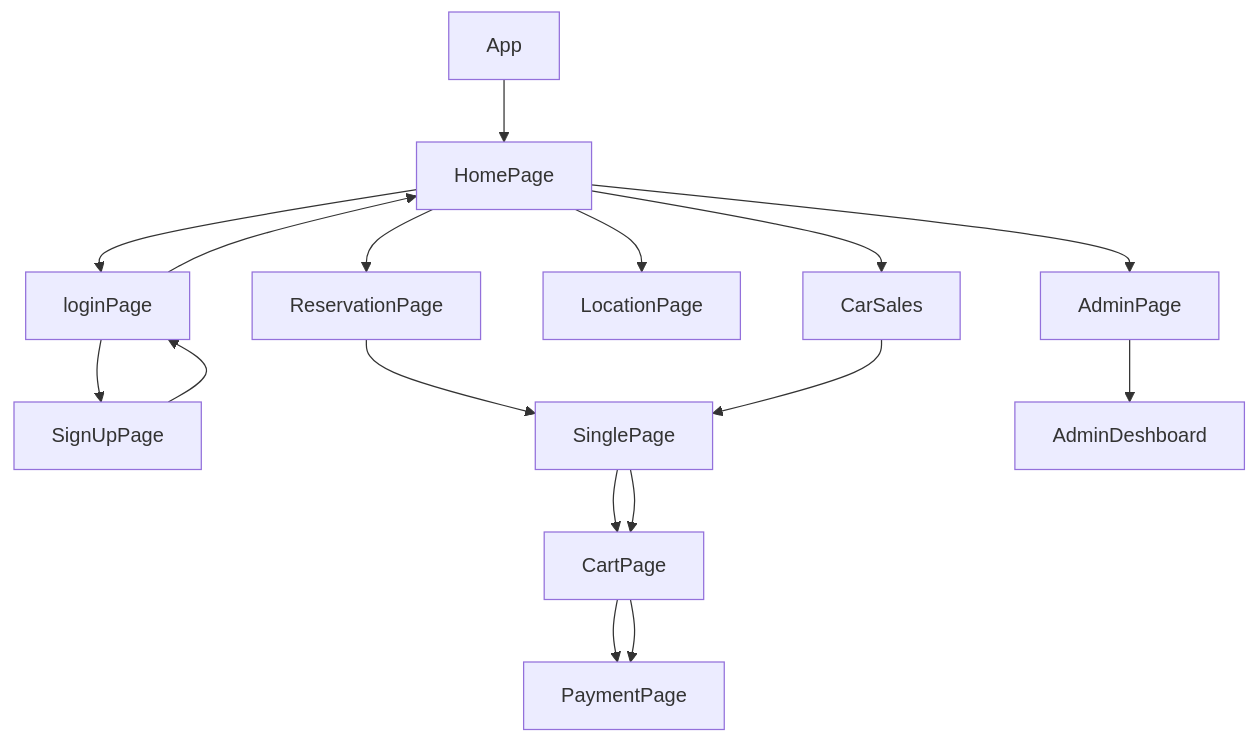
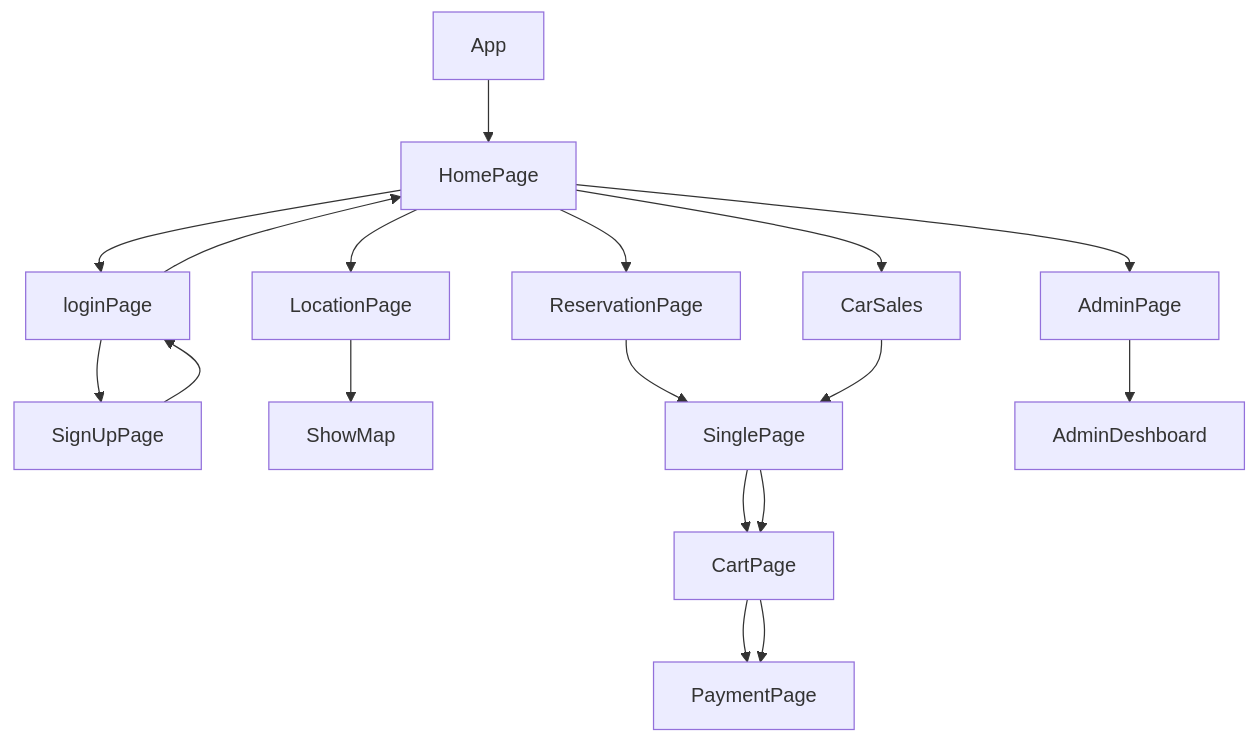
One commit to shikhu51197/Avis-Rentals changed the diagram in README.md. Above: the diagram before and after it, drawn with Mermaid.

````diff
--- a/README.md
+++ b/README.md
@@ -77,19 +77,20 @@
 ```mermaid
 graph TD;
     App-->HomePage
     HomePage-->loginPage;
     loginPage-->SignUpPage;
       SignUpPage-->loginPage;
        loginPage-->HomePage;
+       HomePage -->LocationPage
+       LocationPage-->ShowMap
        HomePage --> ReservationPage
        ReservationPage-->SinglePage
        SinglePage --> CartPage
        CartPage-->PaymentPage
-       HomePage -->LocationPage
        HomePage -->CarSales
        CarSales-->SinglePage
        SinglePage --> CartPage
        CartPage-->PaymentPage
        HomePage --> AdminPage
        AdminPage-->AdminDeshboard
 ```
````
